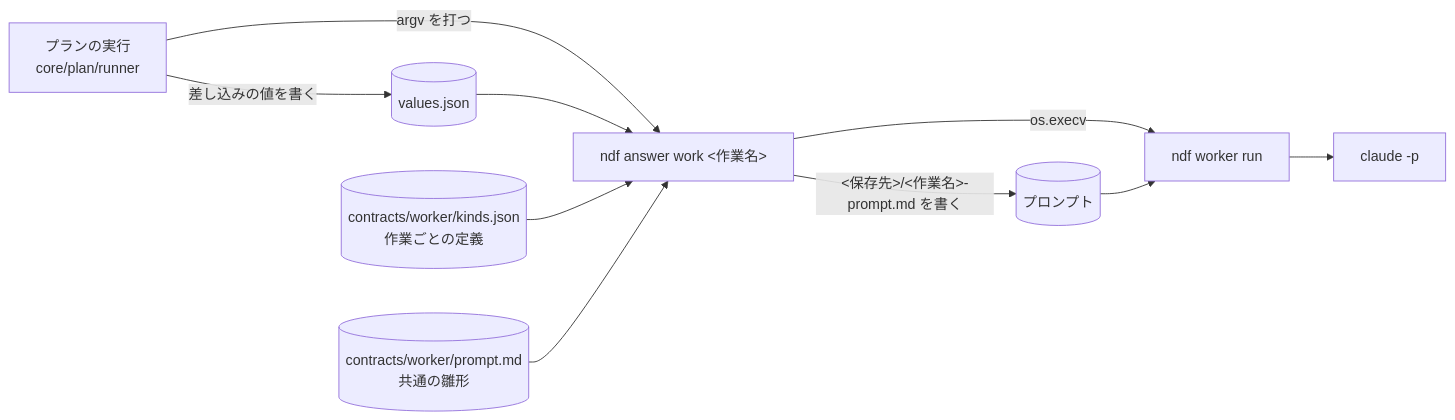
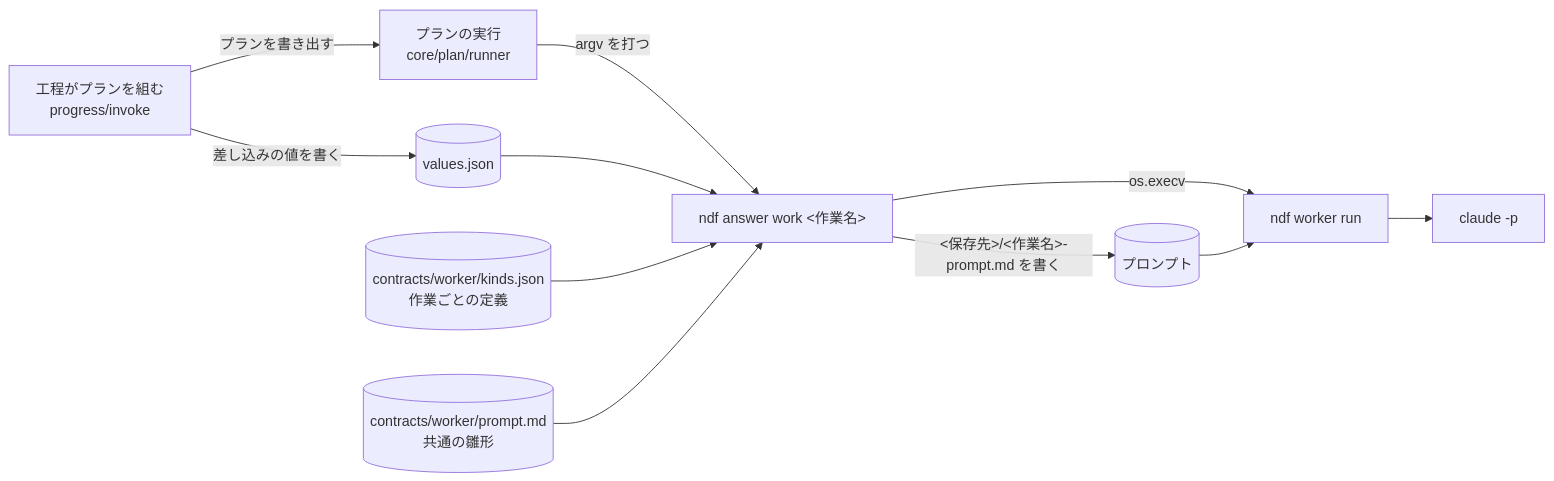
One commit to devbasex/ai-plugins changed the second of 4 diagrams in issues/issue-3908-design.md. Above: the diagram before and after it, drawn with Mermaid. The commit also changed other lines of this file and 2 other files, not shown here.

````diff
--- a/issues/issue-3908-design.md
+++ b/issues/issue-3908-design.md
@@ -38,12 +38,13 @@
 ```mermaid
 flowchart LR
-    R["プランの実行<br/>core/plan/runner"] -->|"差し込みの値を書く"| VJ[("values.json")]
+    I["工程がプランを組む<br/>progress/invoke"] -->|"差し込みの値を書く"| VJ[("values.json")]
+    I -->|"プランを書き出す"| R["プランの実行<br/>core/plan/runner"]
     R -->|"argv を打つ"| AW["ndf answer work &lt;作業名&gt;"]
     VJ --> AW
     K[("contracts/worker/kinds.json<br/>作業ごとの定義")] --> AW
     TP[("contracts/worker/prompt.md<br/>共通の雛形")] --> AW
     AW -->|"&lt;保存先&gt;/&lt;作業名&gt;-prompt.md を書く"| PF[("プロンプト")]
     AW -->|"os.execv"| WR["ndf worker run"]
     PF --> WR
     WR --> C["claude -p"]
 ```
````
